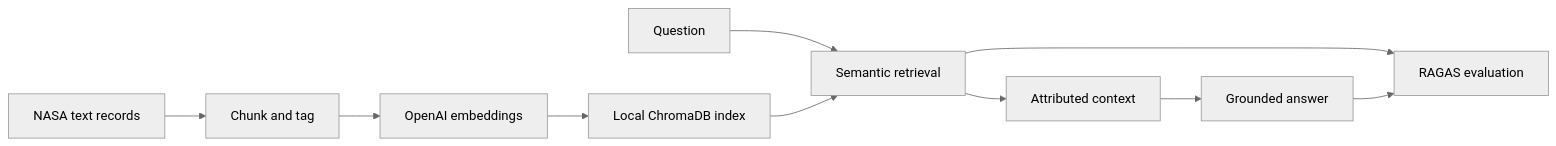
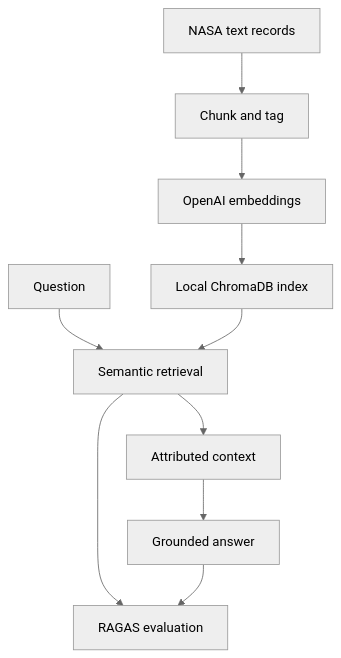
One commit to devin-thomas/nasa-rag changed the diagram in README.md. Above: the diagram before and after it, drawn with Mermaid (neutral theme). The commit also changed other lines of this file, not shown here.

Commit message:
Make RAG diagram vertical and document Docker workflow

````diff
--- a/README.md
+++ b/README.md
@@ -15,12 +15,22 @@
 ```mermaid
-flowchart LR
-    A["NASA text records"] --> B["Chunk and tag"]
-    B --> C["OpenAI embeddings"]
-    C --> D["Local ChromaDB index"]
-    Q["Question"] --> E["Semantic retrieval"]
+flowchart TB
+    A["NASA text records"]
+    B["Chunk and tag"]
+    C["OpenAI embeddings"]
+    D["Local ChromaDB index"]
+    Q["Question"]
+    E["Semantic retrieval"]
+    F["Attributed context"]
+    G["Grounded answer"]
+    H["RAGAS evaluation"]
+
+    A --> B
+    B --> C
+    C --> D
+    Q --> E
     D --> E
-    E --> F["Attributed context"]
-    F --> G["Grounded answer"]
-    E --> H["RAGAS evaluation"]
+    E --> F
+    F --> G
+    E --> H
     G --> H
 ```
````
